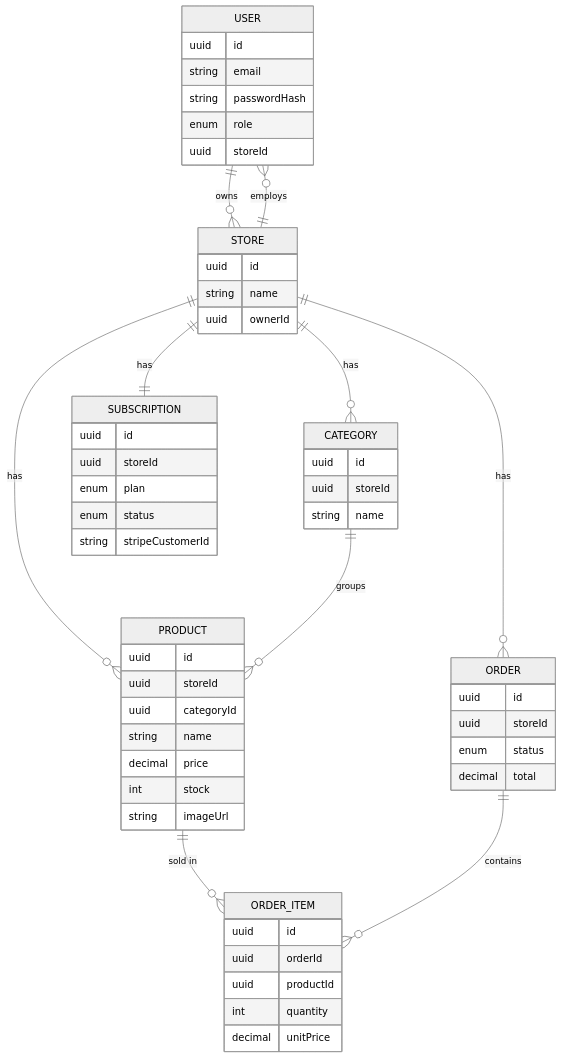
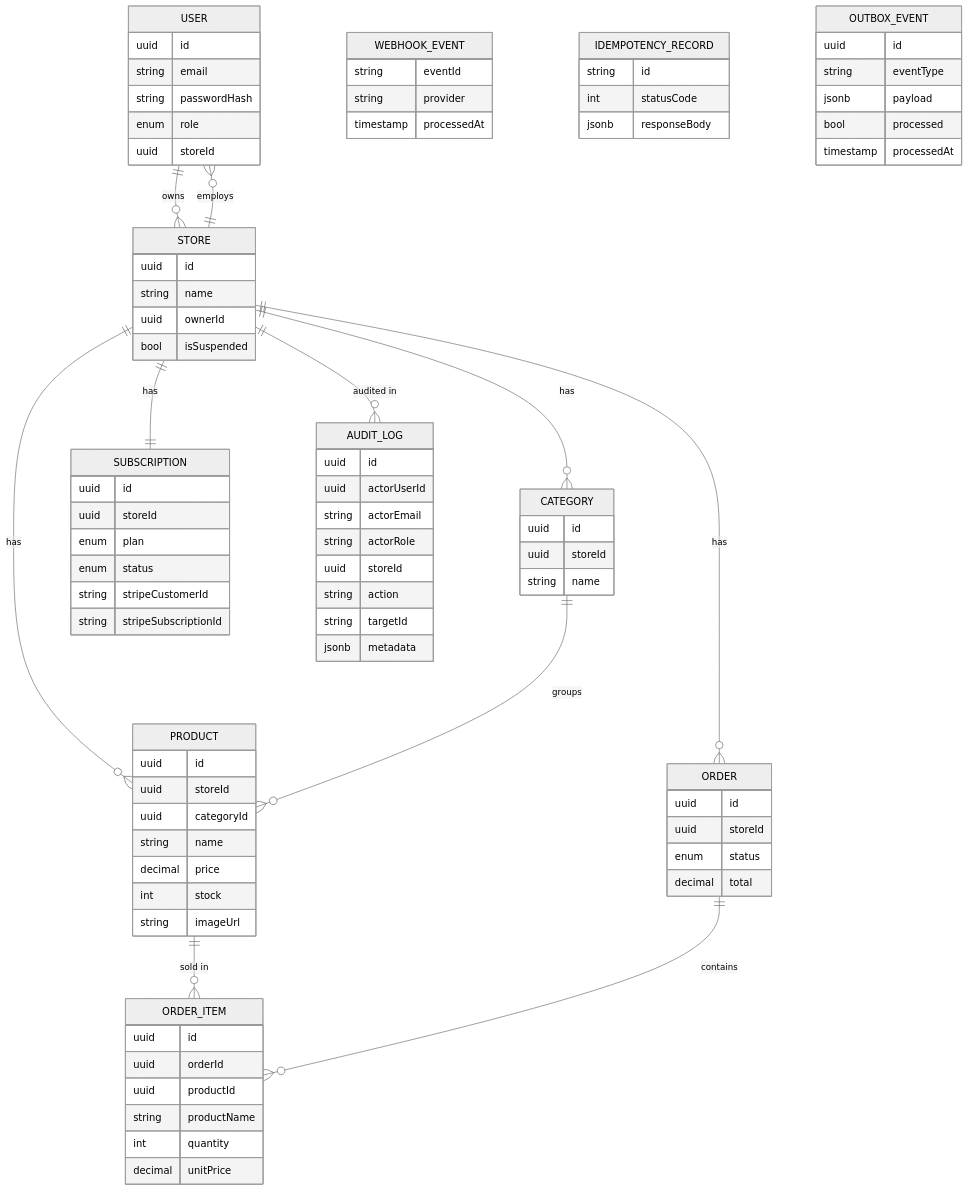
Before and after one commit to MajidLabs/store-management-saas: the second of 2 diagrams in docs/ARCHITECTURE.md, drawn with Mermaid (neutral theme). The commit also changed other lines of this file and 2 other files, not shown here.

Commit message:
docs: sync README/ARCHITECTURE/DEPLOYMENT with actual code and live deployment

````diff
--- a/docs/ARCHITECTURE.md
+++ b/docs/ARCHITECTURE.md
@@ -110,6 +127,7 @@
     CATEGORY ||--o{ PRODUCT : groups
     PRODUCT ||--o{ ORDER_ITEM : "sold in"
     "ORDER" ||--o{ ORDER_ITEM : contains
+    STORE ||--o{ AUDIT_LOG : "audited in"
 
     USER {
         uuid id
@@ -122,6 +140,7 @@
         uuid id
         string name
         uuid ownerId
+        bool isSuspended
     }
     SUBSCRIPTION {
         uuid id
@@ -129,6 +148,7 @@
         enum plan
         enum status
         string stripeCustomerId
+        string stripeSubscriptionId
     }
     CATEGORY {
         uuid id
@@ -154,7 +174,35 @@
         uuid id
         uuid orderId
         uuid productId
+        string productName
         int quantity
         decimal unitPrice
     }
+    AUDIT_LOG {
+        uuid id
+        uuid actorUserId
+        string actorEmail
+        string actorRole
+        uuid storeId
+        string action
+        string targetId
+        jsonb metadata
+    }
+    WEBHOOK_EVENT {
+        string eventId
+        string provider
+        timestamp processedAt
+    }
+    IDEMPOTENCY_RECORD {
+        string id
+        int statusCode
+        jsonb responseBody
+    }
+    OUTBOX_EVENT {
+        uuid id
+        string eventType
+        jsonb payload
+        bool processed
+        timestamp processedAt
+    }
 ```
````
